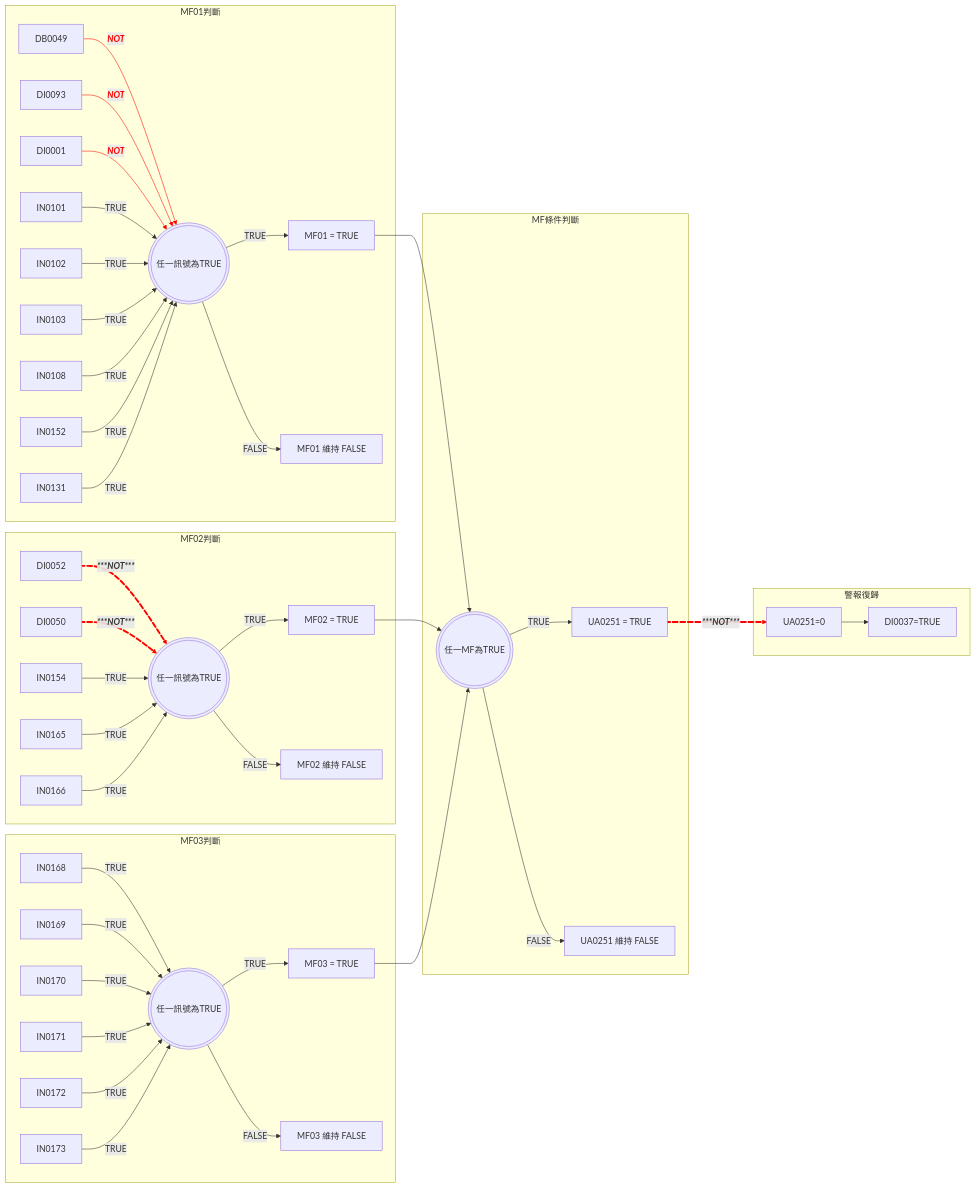
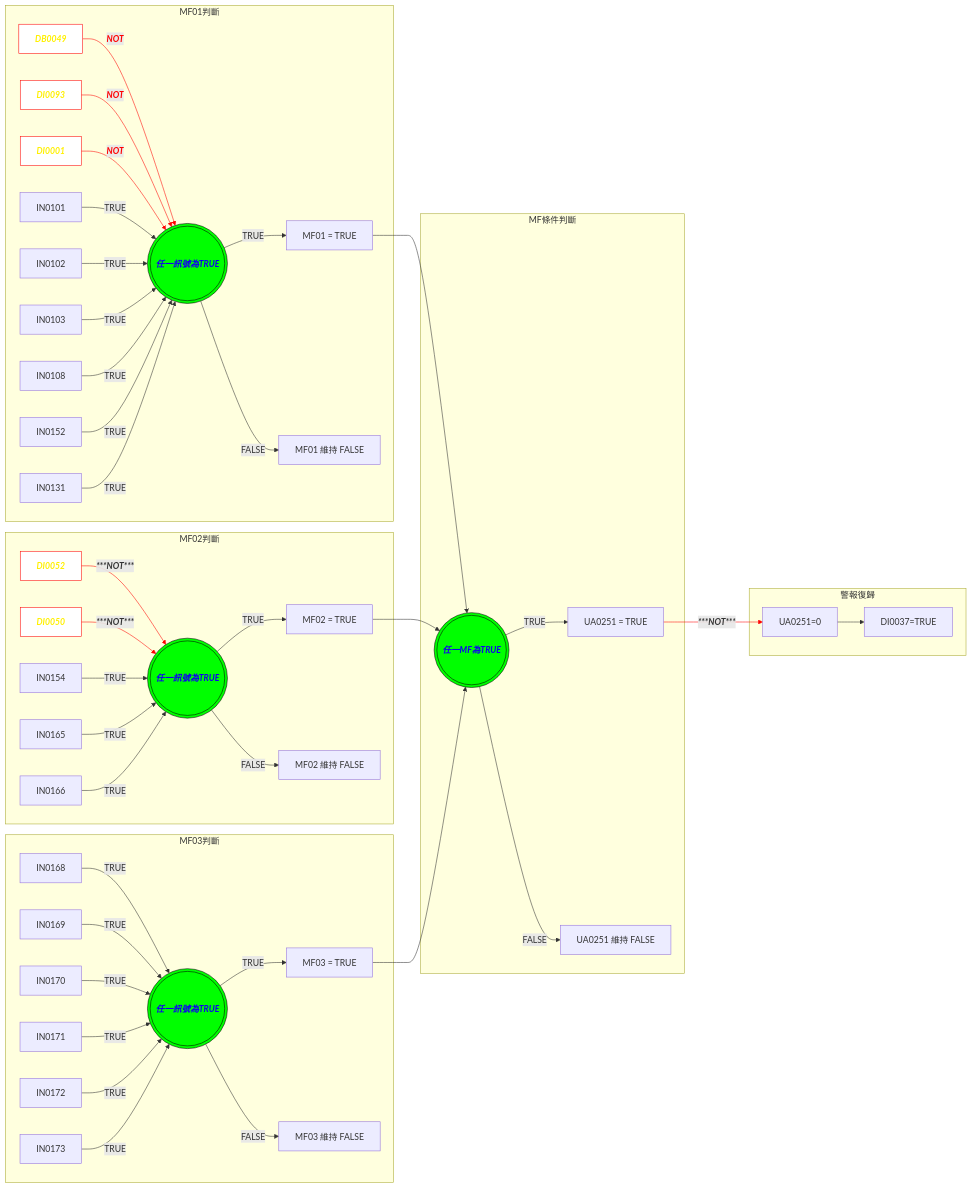
Before and after one commit to HachiTsai/DCS-learning: the first of 4 diagrams in docs/DCS/Hitachi/Control-logic-mermaid.md, drawn with Mermaid. The commit also changed 2 other files, not shown here.

````diff
--- a/docs/DCS/Hitachi/Control-logic-mermaid.md
+++ b/docs/DCS/Hitachi/Control-logic-mermaid.md
@@ -5,68 +5,67 @@
 ```mermaid
 flowchart LR
+classDef redBold fill:#fff,stroke:red, font-weight:bold,font-style:italic, color: #fff000
+classDef GreenBold fill:#0f0,stroke:black,font-weight:bold,font-style:italic, color: #0f00f0
     subgraph MF01判斷
         A1[DB0049] -->|<font color='red'>NOT</font>| C1(((任一訊號為TRUE)))
         B1[DI0093] -->|NOT| C1
         D1[DI0001] -->|NOT| C1 
 
         G1[IN0101] -->|TRUE| C1
         H1[IN0102] -->|TRUE| C1
         I1[IN0103] -->|TRUE| C1
         L1[IN0108] -->|TRUE| C1
         J1[IN0152] -->|TRUE| C1
         K1[IN0131] -->|TRUE| C1
         C1 -->|TRUE| E1[MF01 = TRUE]
         C1 -->|FALSE| F1[MF01 維持 FALSE]
         
-         class A1,B1,D1 redBold
-         class C1 GreenBold
+        class A1,B1,D1 redBold
+        class C1 GreenBold
 
             linkStyle 0,1,2 stroke:red,font-style:italic, font-weight:bold, color:red
     end
 
     subgraph MF02判斷
-        A2[DI0052] z11@==>|***NOT***| C2     
-        B2[DI0050] z12@==>|***NOT***| C2
+        A2[DI0052] -->|***NOT***| C2     
+        B2[DI0050] -->|***NOT***| C2
         linkStyle 11,12 stroke:red,font-style:italic, font-weight:bold
         
         G2[IN0154] -->|TRUE| C2
         H2[IN0165] -->|TRUE| C2
         I2[IN0166] -->|TRUE| C2
         C2(((任一訊號為TRUE))) -->|TRUE| E2[MF02 = TRUE]
         C2 -->|FALSE| F2[MF02 維持 FALSE]
-        z11@{ animate: true}
-        z12@{ animate: true}
+
         class C2 GreenBold
-
         class A2,B2 redBold
     end
 
     subgraph MF03判斷
         A3[IN0168] -->|TRUE| C3
         B3[IN0169] -->|TRUE| C3
         D3[IN0170] -->|TRUE| C3
         G3[IN0171] -->|TRUE| C3
         H3[IN0172] -->|TRUE| C3
         I3[IN0173] -->|TRUE| C3
         C3(((任一訊號為TRUE))) -->|TRUE| E3[MF03 = TRUE]
         C3 -->|FALSE| F3[MF03 維持 FALSE]
         class C3 GreenBold
     end
 
     subgraph MF條件判斷
         E1 --> C4(((任一MF為TRUE)))
         E2 --> C4
         E3 --> C4
         C4 -->|TRUE| K4[UA0251 = TRUE]
         C4 -->|FALSE| K5[UA0251 維持 FALSE]
         class C4 GreenBold
     end
 
     subgraph 警報復歸
-        K4 z31@==>|***NOT***| B4[UA0251=0]
+        K4 -->|***NOT***| B4[UA0251=0]
         B4 --> B10[DI0037=TRUE]
-        z31@{ animate: true}
         
         linkStyle 31 stroke:red,font-style:italic, font-weight:bold 
     end
 ```
````
